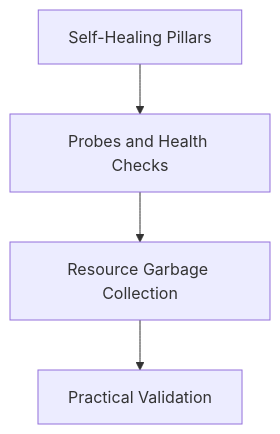
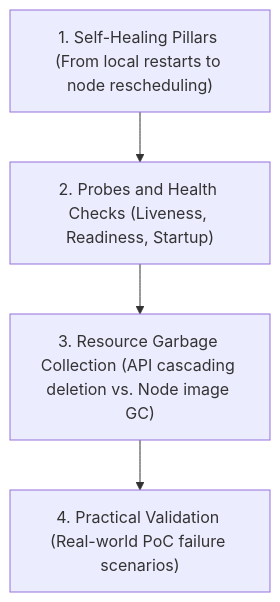
The diagram in Reference Notes/04_workload_lifecycle_and_healing.md (kmashour/BrainDump), drawn with Mermaid before and after one commit. The commit also changed 15 other files, not shown here.

Commit message:
docs: restore detailed informative mermaid diagrams replacing ampersands with 'and'

````diff
--- a/Reference Notes/04_workload_lifecycle_and_healing.md
+++ b/Reference Notes/04_workload_lifecycle_and_healing.md
@@ -11,6 +11,6 @@
 ```mermaid
 graph TD
-    A["Self-Healing Pillars"] --> B["Probes and Health Checks"]
-    B --> C["Resource Garbage Collection"]
-    C --> D["Practical Validation"]
+    A["1. Self-Healing Pillars (From local restarts to node rescheduling)"] --> B["2. Probes and Health Checks (Liveness, Readiness, Startup)"]
+    B --> C["3. Resource Garbage Collection (API cascading deletion vs. Node image GC)"]
+    C --> D["4. Practical Validation (Real-world PoC failure scenarios)"]
 ```
````
